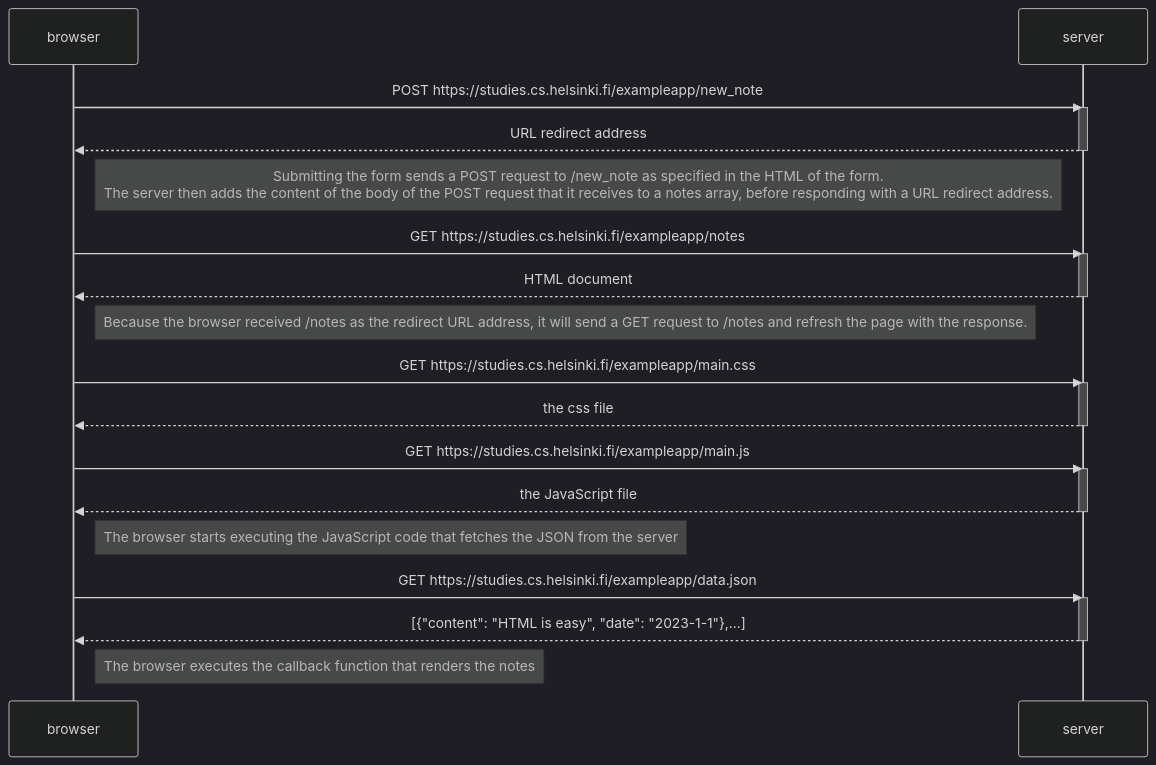
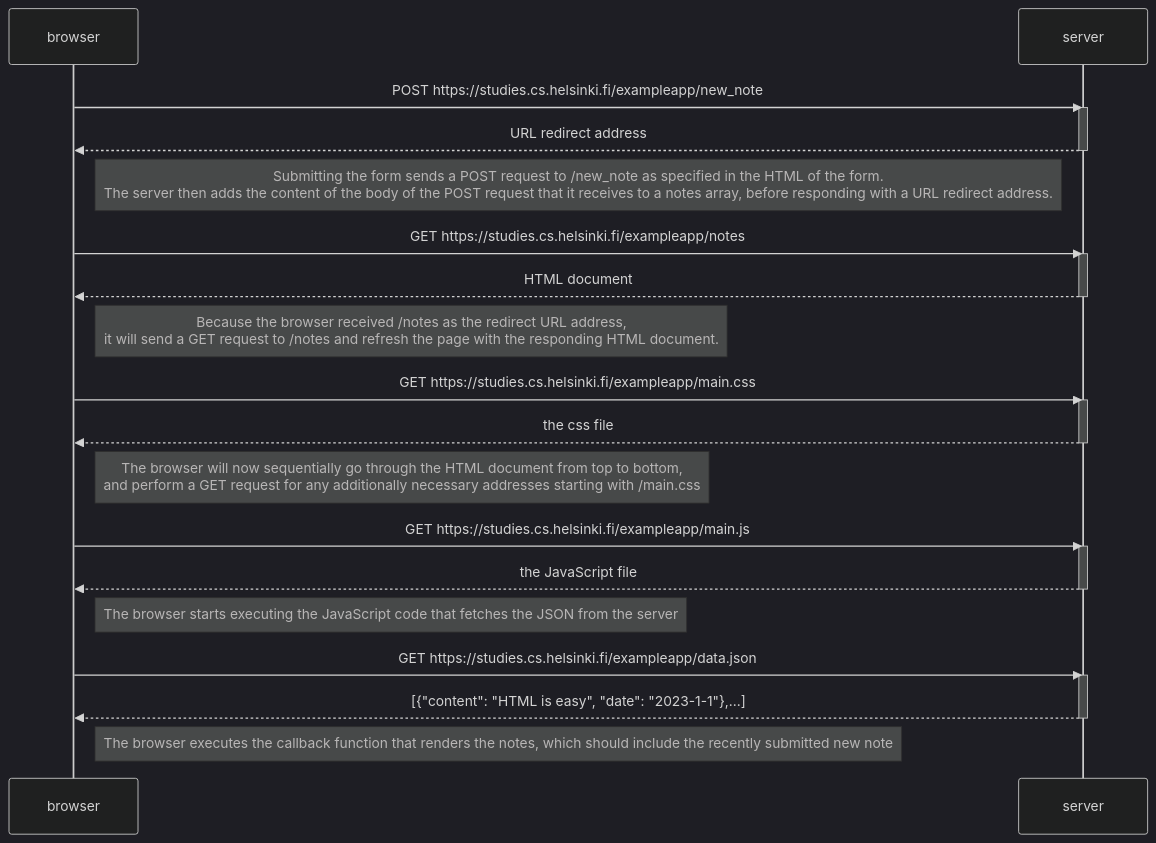
The diagram in part0/NewNoteDiagram.md (WayneLaMooper/FullStackOpenExercises), drawn with Mermaid (dark theme) before and after one commit.

Commit message:
Update NewNoteDiagram.md
Added further descriptions to the ongoing processes between the browser and server.

````diff
--- a/part0/NewNoteDiagram.md
+++ b/part0/NewNoteDiagram.md
@@ -3,40 +3,42 @@
 ``` mermaid
 
 sequenceDiagram
 
     participant browser
     participant server
 
     browser->>server: POST https://studies.cs.helsinki.fi/exampleapp/new_note
     activate server
     server-->>browser: URL redirect address
     deactivate server
 
     Note right of browser: Submitting the form sends a POST request to /new_note as specified in the HTML of the form. <br/> The server then adds the content of the body of the POST               request that it receives to a notes array, before responding with a URL redirect address.
     
     browser->>server: GET https://studies.cs.helsinki.fi/exampleapp/notes
     activate server
     server-->>browser: HTML document
     deactivate server
 
-    Note right of browser: Because the browser received /notes as the redirect URL address, it will send a GET request to /notes and refresh the page with the response.
+    Note right of browser: Because the browser received /notes as the redirect URL address, <br/> it will send a GET request to /notes and refresh the page with the responding HTML document.
 
     browser->>server: GET https://studies.cs.helsinki.fi/exampleapp/main.css
     activate server
     server-->>browser: the css file
     deactivate server
+
+    Note right of browser: The browser will now sequentially go through the HTML document from top to bottom, <br/> and perform a GET request for any additionally necessary addresses starting with      /main.css
 
     browser->>server: GET https://studies.cs.helsinki.fi/exampleapp/main.js
     activate server
     server-->>browser: the JavaScript file
     deactivate server
 
     Note right of browser: The browser starts executing the JavaScript code that fetches the JSON from the server
 
     browser->>server: GET https://studies.cs.helsinki.fi/exampleapp/data.json
     activate server
     server-->>browser: [{"content": "HTML is easy", "date": "2023-1-1"},...]
     deactivate server
 
-    Note right of browser: The browser executes the callback function that renders the notes
+    Note right of browser: The browser executes the callback function that renders the notes, which should include the recently submitted new note
 ```
````
